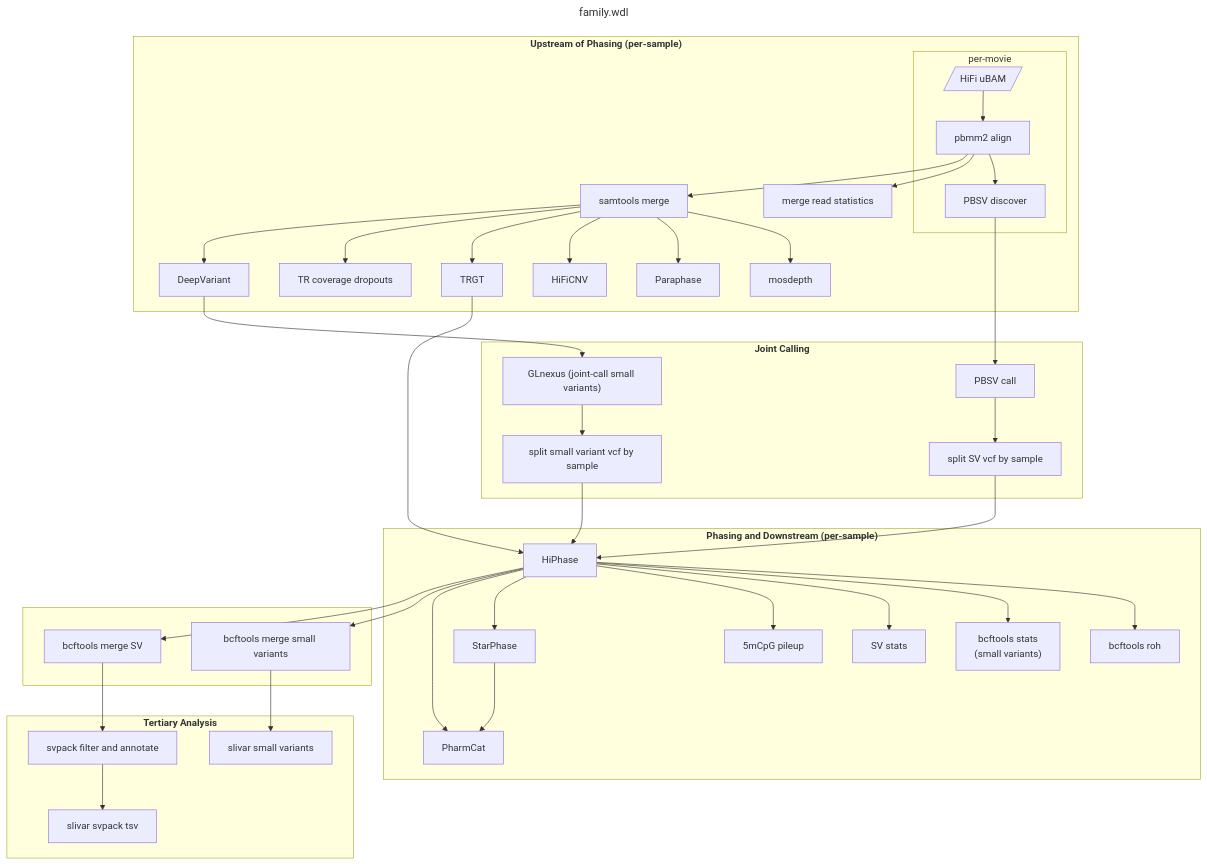
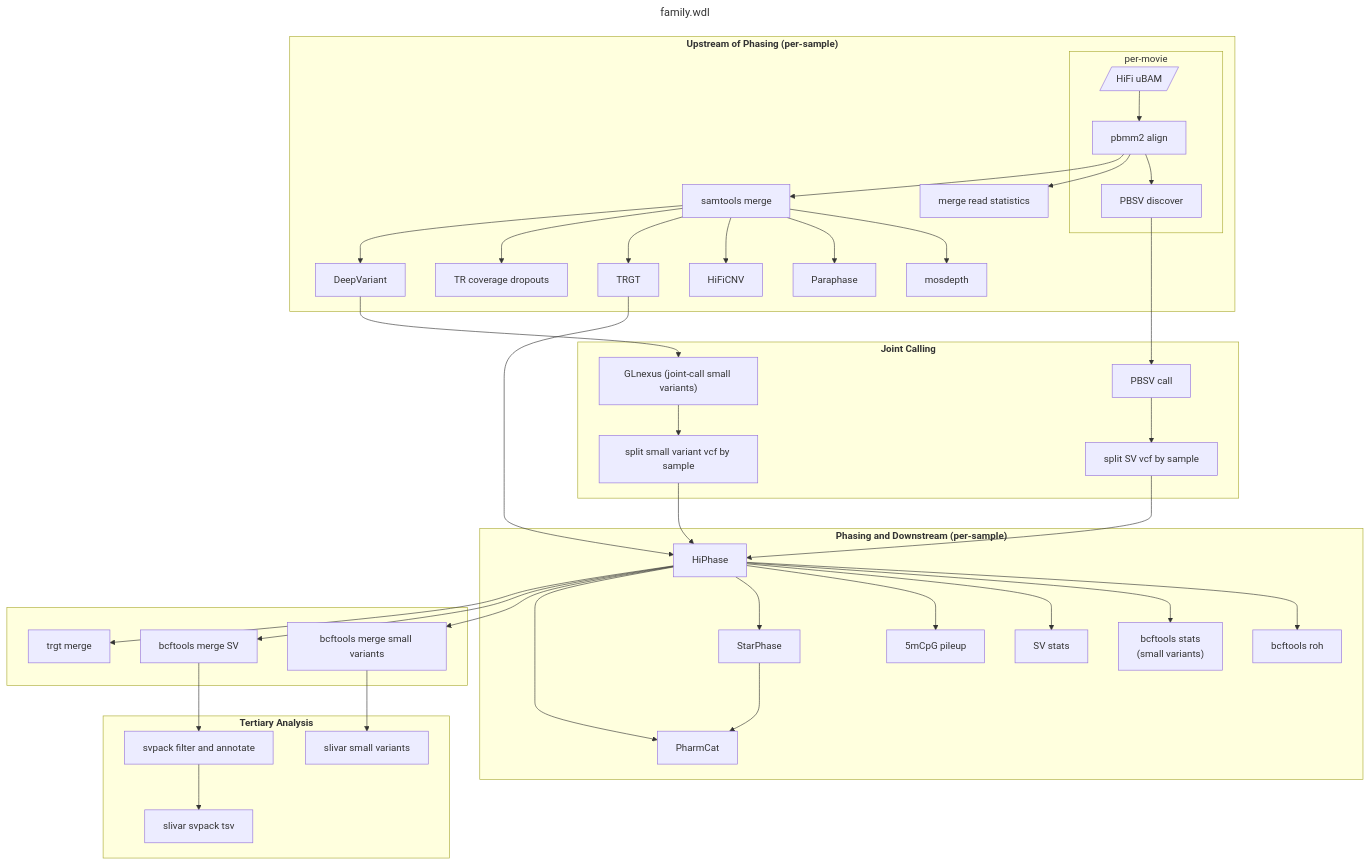
Before and after one commit to PacificBiosciences/HiFi-human-WGS-WDL: the diagram in docs/family.md, drawn with Mermaid.

Commit message:
Add trgt merge to docs.

````diff
--- a/docs/family.md
+++ b/docs/family.md
@@ -22,47 +22,48 @@
 ```mermaid
 ---
 title: family.wdl
 ---
 flowchart TD
   subgraph "`**Upstream of Phasing (per-sample)**`"
     subgraph "per-movie"
       ubam[/"HiFi uBAM"/] --> pbmm2_align["pbmm2 align"]
       pbmm2_align --> pbsv_discover["PBSV discover"]
     end
     pbmm2_align --> merge_read_stats["merge read statistics"]
     pbmm2_align --> samtools_merge["samtools merge"]
     samtools_merge --> mosdepth["mosdepth"]
     samtools_merge --> paraphase["Paraphase"]
     samtools_merge --> hificnv["HiFiCNV"]
     samtools_merge --> trgt["TRGT"]
     samtools_merge --> trgt_dropouts["TR coverage dropouts"]
     samtools_merge --> deepvariant["DeepVariant"]
   end
   subgraph "`**Joint Calling**`"
     deepvariant --> glnexus["GLnexus (joint-call small variants)"]
     pbsv_discover --> pbsv_call["PBSV call"]
     glnexus --> split_glnexus["split small variant vcf by sample"]
     pbsv_call --> split_pbsv["split SV vcf by sample"]
   end
   subgraph "`**Phasing and Downstream (per-sample)**`"
     split_glnexus --> hiphase["HiPhase"]
     trgt --> hiphase
     split_pbsv --> hiphase
     hiphase --> bcftools_roh["bcftools roh"]
     hiphase --> bcftools_stats["bcftools stats\n(small variants)"]
     hiphase --> sv_stats["SV stats"]
     hiphase --> cpg_pileup["5mCpG pileup"]
     hiphase --> starphase["StarPhase"]
     hiphase --> pharmcat["PharmCat"]
     starphase --> pharmcat
   end
   subgraph " "
     hiphase --> merge_small_variants["bcftools merge small variants"]
     hiphase --> merge_svs["bcftools merge SV"]
+    hiphase --> trgt_merge["trgt merge"]
   end
   subgraph "`**Tertiary Analysis**`"
     merge_small_variants --> slivar_small_variants["slivar small variants"]
     merge_svs --> svpack["svpack filter and annotate"]
     svpack --> slivar_svpack["slivar svpack tsv"]
   end
 ```
````
